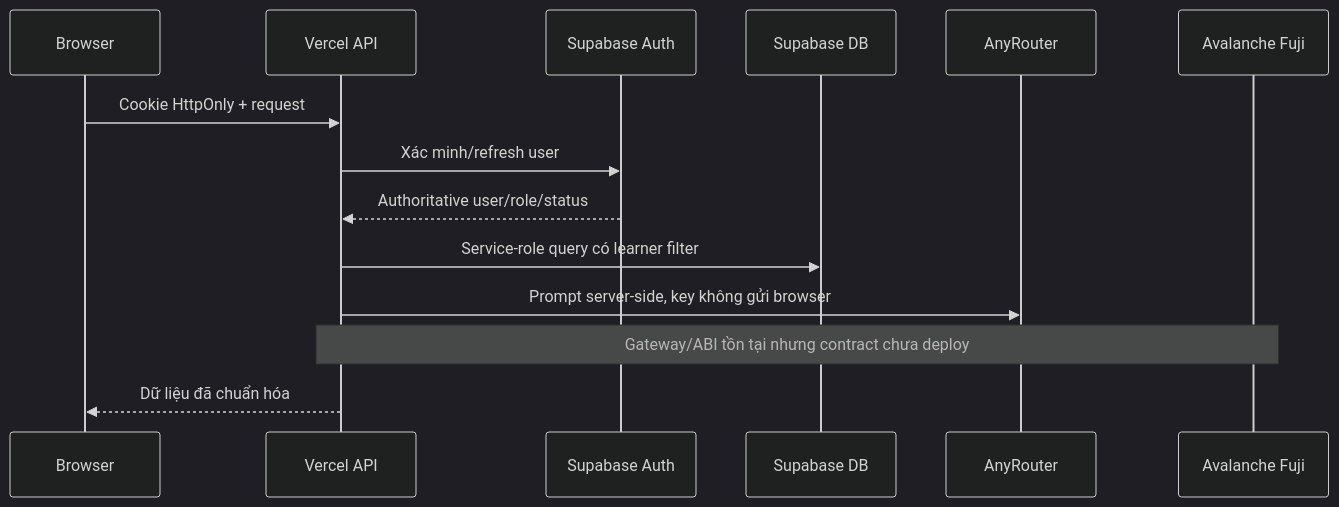
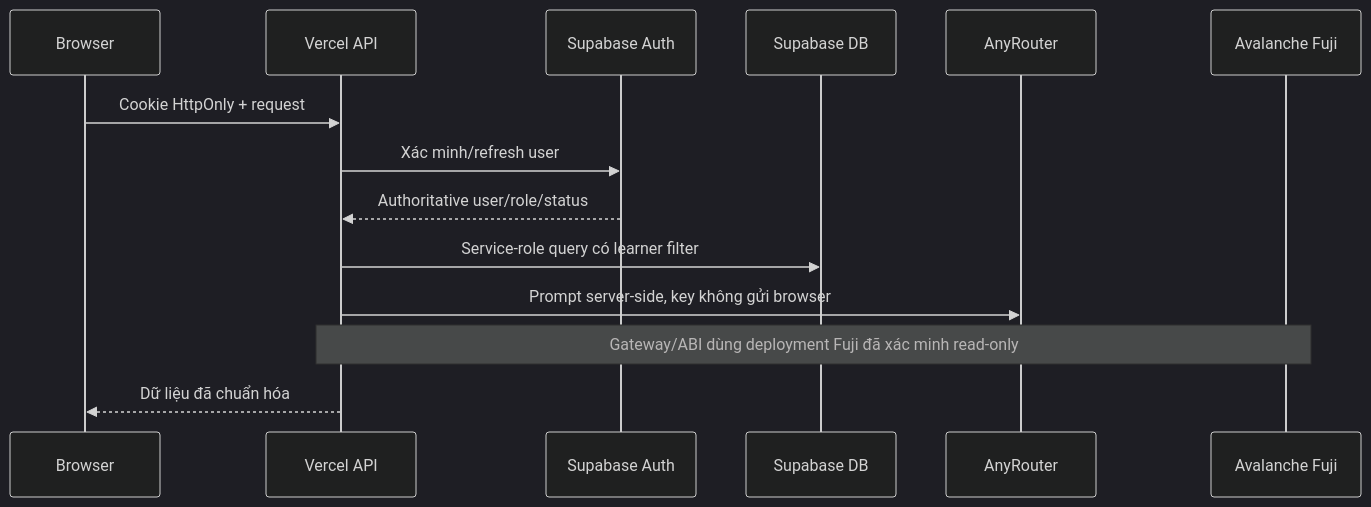
One commit to hiza325/UNIHACK2026 changed the second of 2 diagrams in docs/audit/01-system-inventory.md. Above: the diagram before and after it, drawn with Mermaid (dark theme). The commit also changed other lines of this file and 41 other files, not shown here.

````diff
--- a/docs/audit/01-system-inventory.md
+++ b/docs/audit/01-system-inventory.md
@@ -65,17 +65,17 @@
 ```mermaid
 sequenceDiagram
     participant B as Browser
     participant API as Vercel API
     participant A as Supabase Auth
     participant D as Supabase DB
     participant AI as AnyRouter
     participant C as Avalanche Fuji
 
     B->>API: Cookie HttpOnly + request
     API->>A: Xác minh/refresh user
     A-->>API: Authoritative user/role/status
     API->>D: Service-role query có learner filter
     API->>AI: Prompt server-side, key không gửi browser
-    Note over API,C: Gateway/ABI tồn tại nhưng contract chưa deploy
+    Note over API,C: Gateway/ABI dùng deployment Fuji đã xác minh read-only
     API-->>B: Dữ liệu đã chuẩn hóa
 ```
````
